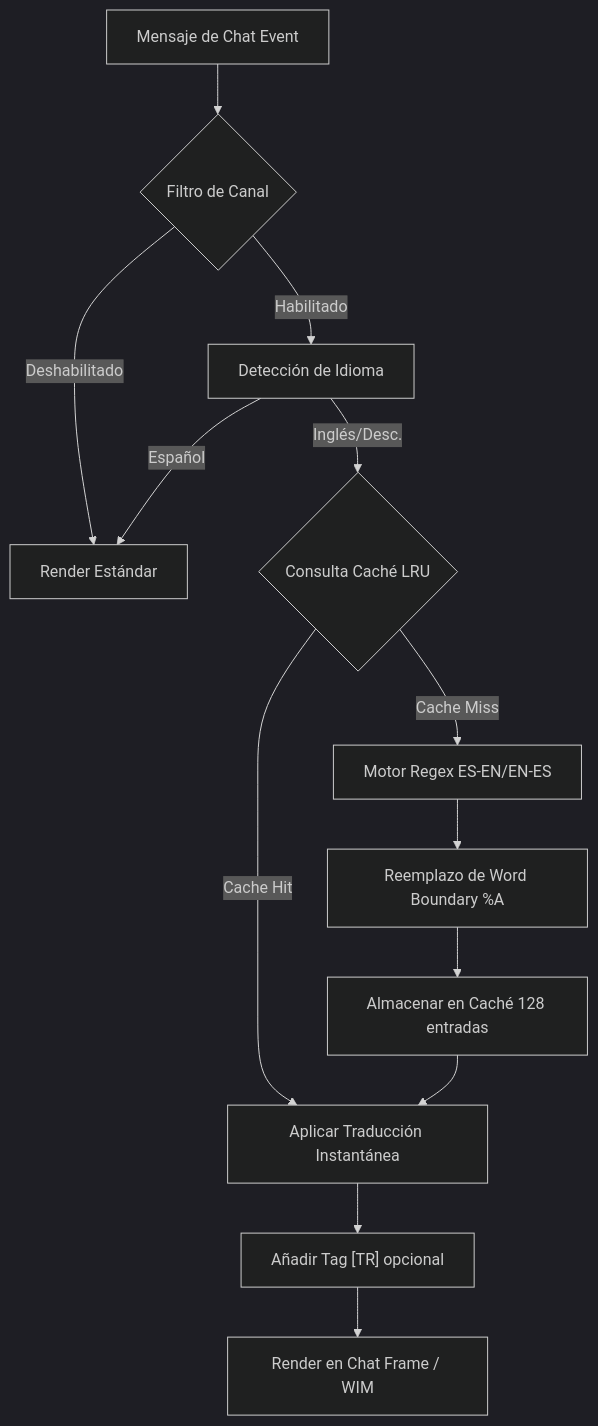
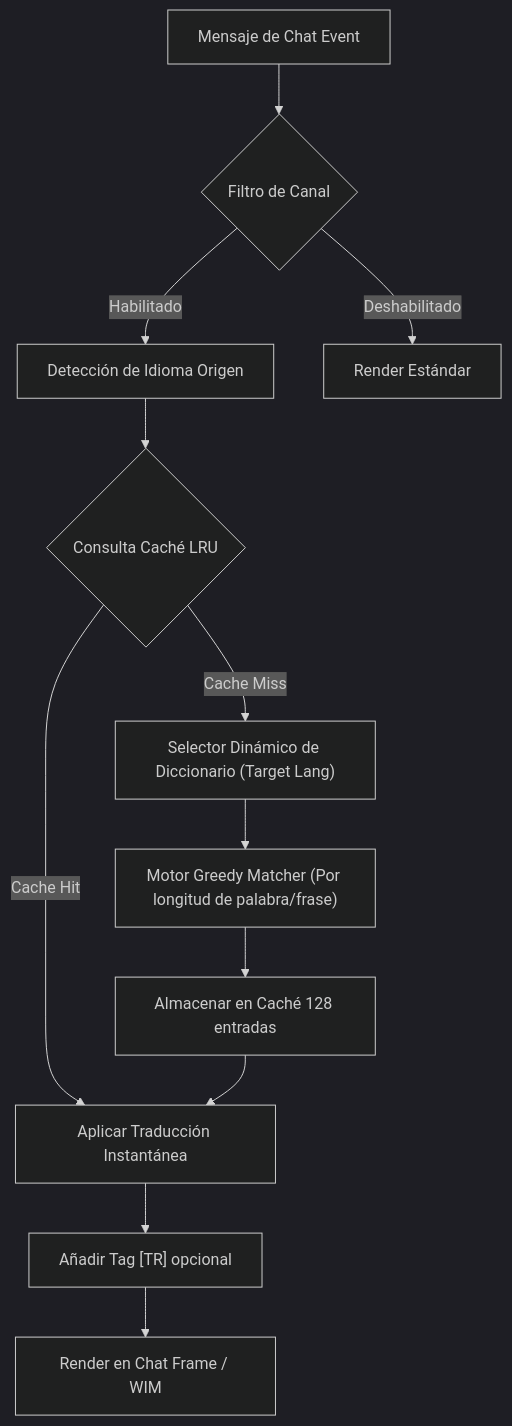
Before and after one commit to DarckRovert/pfUI-El-Sequito-del-Terror-Edition: the diagram in wiki/Arquitectura.md, drawn with Mermaid (dark theme). The commit also changed other lines of this file and 5 other files, not shown here.

````diff
--- a/wiki/Arquitectura.md
+++ b/wiki/Arquitectura.md
@@ -16,15 +16,14 @@
 ```mermaid
 graph TD
     A[Mensaje de Chat Event] --> B{Filtro de Canal}
-    B -- Habilitado --> C[Detección de Idioma]
+    B -- Habilitado --> C[Detección de Idioma Origen]
     B -- Deshabilitado --> Z[Render Estándar]
-    C -- "Inglés/Desc." --> D{Consulta Caché LRU}
-    C -- Español --> Z
+    C --> D{Consulta Caché LRU}
     D -- Cache Hit --> E[Aplicar Traducción Instantánea]
-    D -- Cache Miss --> F[Motor Regex ES-EN/EN-ES]
-    F --> G["Reemplazo de Word Boundary %A"]
+    D -- Cache Miss --> F["Selector Dinámico de Diccionario (Target Lang)"]
+    F --> G["Motor Greedy Matcher (Por longitud de palabra/frase)"]
     G --> H[Almacenar en Caché 128 entradas]
     H --> E
     E --> I["Añadir Tag [TR] opcional"]
     I --> J["Render en Chat Frame / WIM"]
 ```
````
